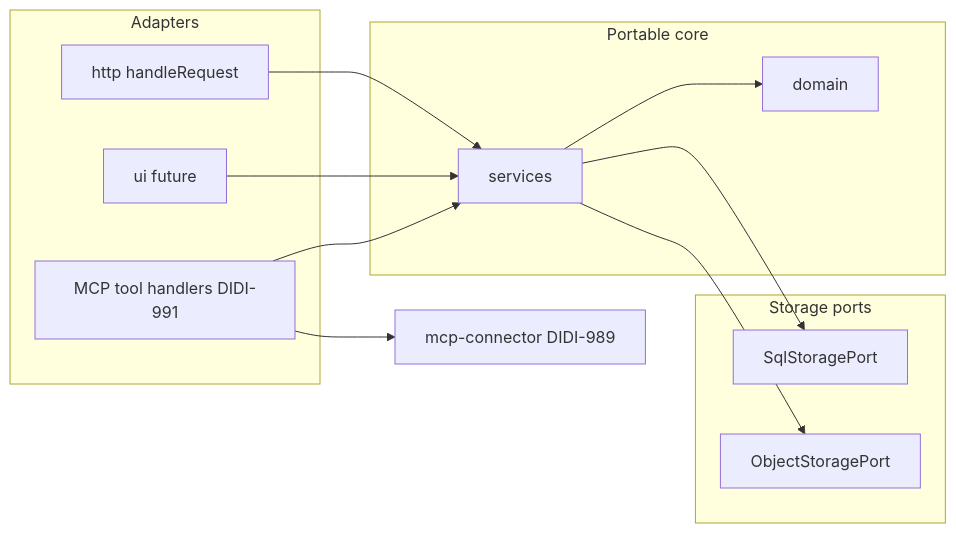
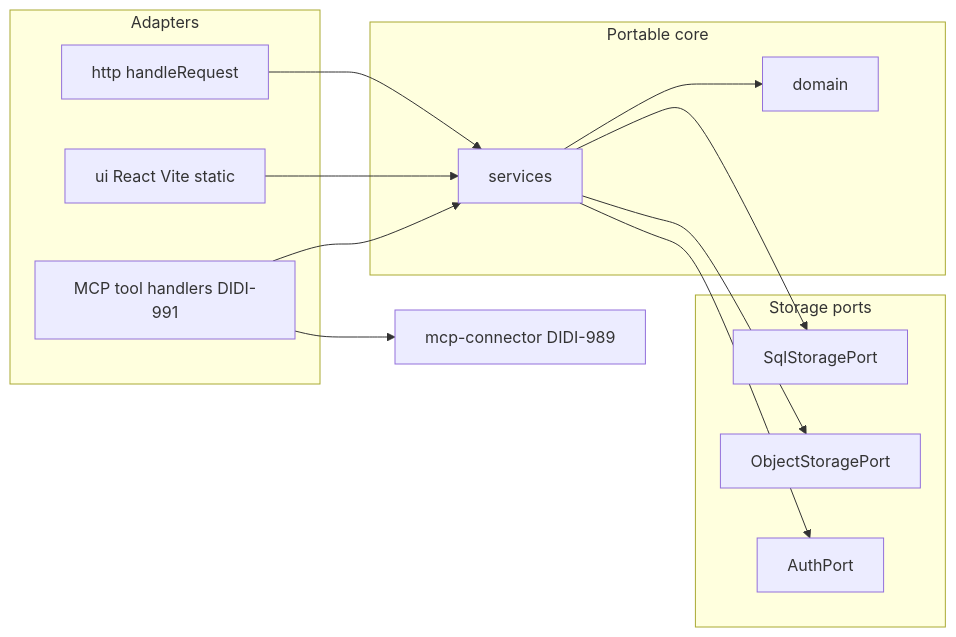
Before and after one commit to didi-build/physio-poc: the diagram in docs/architecture/overview.md, drawn with Mermaid. The commit also changed other lines of this file and 1 other file, not shown here.

````diff
--- a/docs/architecture/overview.md
+++ b/docs/architecture/overview.md
@@ -69,24 +72,26 @@
 ```mermaid
 flowchart LR
   subgraph adapters [Adapters]
     HTTP[http handleRequest]
     MCP[MCP tool handlers DIDI-991]
-    UI[ui future]
+    UI[ui React Vite static]
   end
   subgraph core [Portable core]
     SVC[services]
     DOM[domain]
   end
   subgraph storage [Storage ports]
     SQL[SqlStoragePort]
     OBJ[ObjectStoragePort]
+    AUTH[AuthPort]
   end
   CONTRACT[mcp-connector DIDI-989]
   HTTP --> SVC
   UI --> SVC
   MCP --> CONTRACT
   MCP --> SVC
   SVC --> DOM
   SVC --> SQL
   SVC --> OBJ
+  SVC --> AUTH
 ```
````
